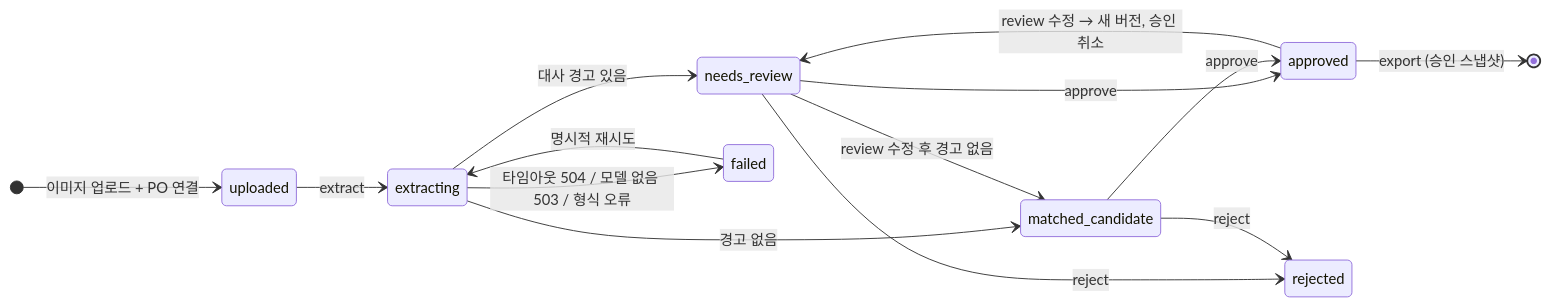
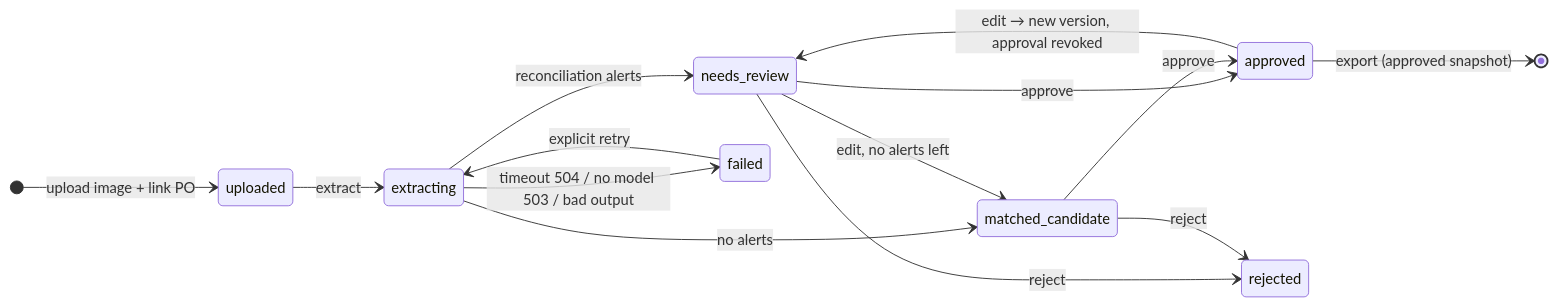
The fourth of 4 diagrams in README.md (TaeyanG4/invoiceguard-po), drawn with Mermaid before and after one commit. The commit also changed other lines of this file and 16 other files, not shown here.

First line of the commit message:
README: English by default with a Korean version, readable tables, and bilingual charts

````diff
--- a/README.md
+++ b/README.md
@@ -237,17 +339,17 @@
 ```mermaid
 stateDiagram-v2
   direction LR
-  [*] --> uploaded: 이미지 업로드 + PO 연결
+  [*] --> uploaded: upload image + link PO
   uploaded --> extracting: extract
-  extracting --> needs_review: 대사 경고 있음
-  extracting --> matched_candidate: 경고 없음
-  extracting --> failed: 타임아웃 504 / 모델 없음 503 / 형식 오류
-  failed --> extracting: 명시적 재시도
+  extracting --> needs_review: reconciliation alerts
+  extracting --> matched_candidate: no alerts
+  extracting --> failed: timeout 504 / no model 503 / bad output
+  failed --> extracting: explicit retry
   needs_review --> approved: approve
   matched_candidate --> approved: approve
-  needs_review --> matched_candidate: review 수정 후 경고 없음
-  approved --> needs_review: review 수정 → 새 버전, 승인 취소
+  needs_review --> matched_candidate: edit, no alerts left
+  approved --> needs_review: edit → new version, approval revoked
   needs_review --> rejected: reject
   matched_candidate --> rejected: reject
-  approved --> [*]: export (승인 스냅샷)
+  approved --> [*]: export (approved snapshot)
 ```
````
